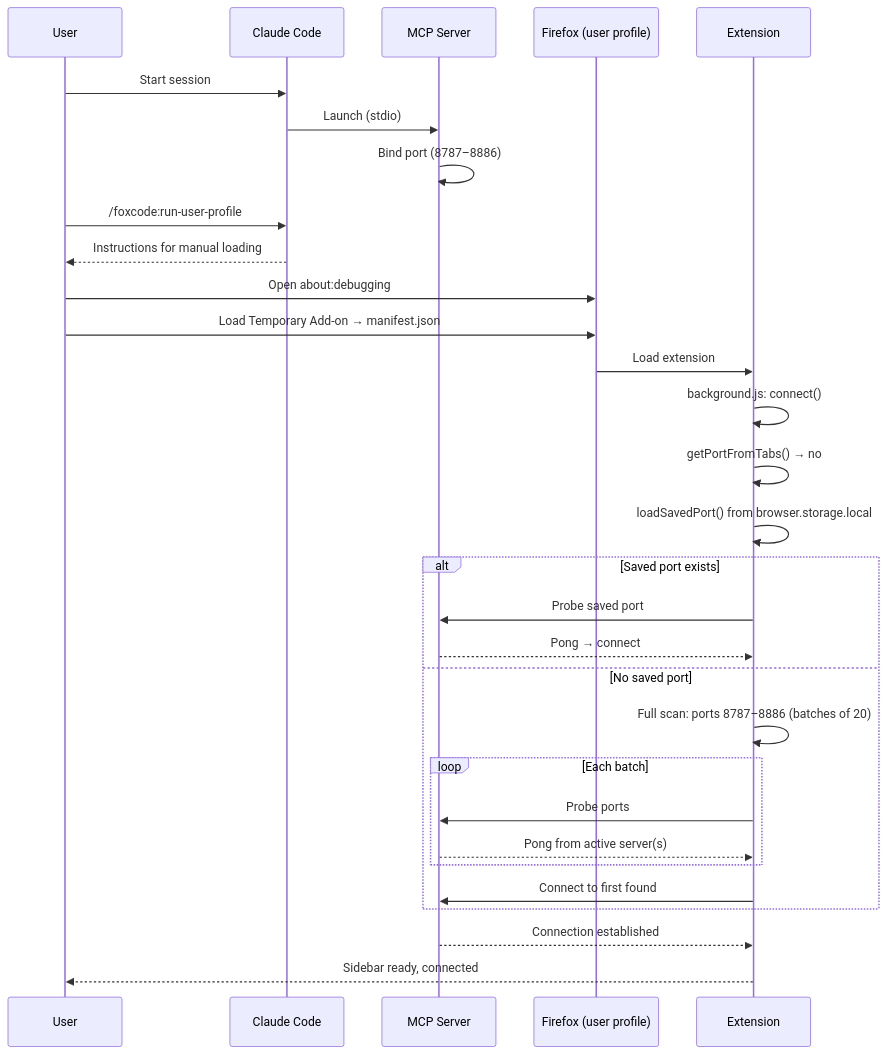
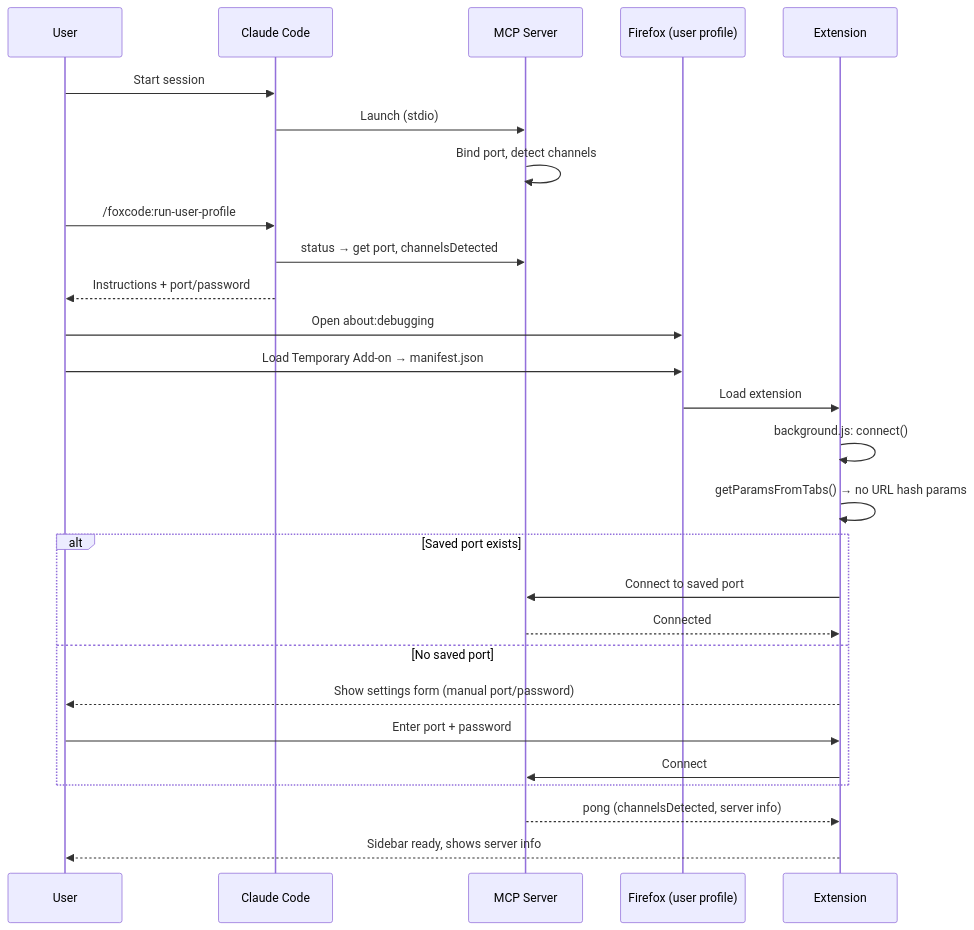
Before and after one commit to korchasa/foxcode: the second of 2 diagrams in README.md, drawn with Mermaid. The commit also changed other lines of this file and 1 other file, not shown here.

First line of the commit message:
docs: update SRS and README for diagnostics, channel detection, and current connection flow

````diff
--- a/README.md
+++ b/README.md
@@ -102,38 +103,35 @@
 ```mermaid
 sequenceDiagram
     participant U as User
     participant CC as Claude Code
     participant MCP as MCP Server
     participant FF as Firefox (user profile)
     participant EXT as Extension
 
     U->>CC: Start session
     CC->>MCP: Launch (stdio)
-    MCP->>MCP: Bind port (8787–8886)
+    MCP->>MCP: Bind port, detect channels
 
     U->>CC: /foxcode:run-user-profile
-    CC-->>U: Instructions for manual loading
+    CC->>MCP: status → get port, channelsDetected
+    CC-->>U: Instructions + port/password
 
     U->>FF: Open about:debugging
     U->>FF: Load Temporary Add-on → manifest.json
     FF->>EXT: Load extension
 
     EXT->>EXT: background.js: connect()
-    EXT->>EXT: getPortFromTabs() → no #foxcode-port in any tab
-    EXT->>EXT: loadSavedPort() from browser.storage.local
+    EXT->>EXT: getParamsFromTabs() → no URL hash params
 
     alt Saved port exists
-        EXT->>MCP: Probe saved port
-        MCP-->>EXT: Pong → connect
+        EXT->>MCP: Connect to saved port
+        MCP-->>EXT: Connected
     else No saved port
-        EXT->>EXT: Full scan: ports 8787–8886 (batches of 20)
-        loop Each batch
-            EXT->>MCP: Probe ports
-            MCP-->>EXT: Pong from active server(s)
-        end
-        EXT->>MCP: Connect to first found
+        EXT-->>U: Show settings form (manual port/password)
+        U->>EXT: Enter port + password
+        EXT->>MCP: Connect
     end
 
-    MCP-->>EXT: Connection established
-    EXT-->>U: Sidebar ready, connected
+    MCP-->>EXT: pong (channelsDetected, server info)
+    EXT-->>U: Sidebar ready, shows server info
 ```
````
